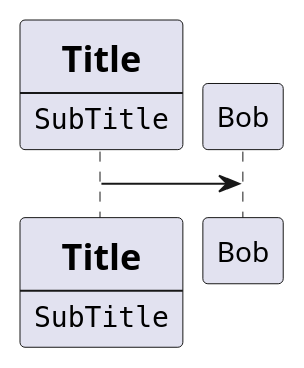
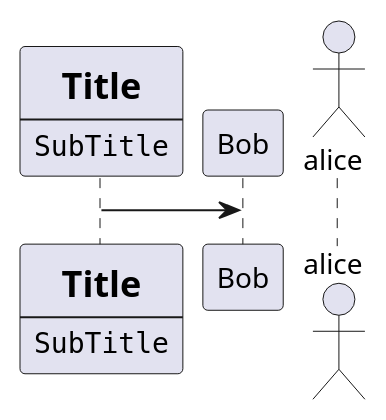
The diagram in test.puml (hzierer/render-run), drawn with PlantUML before and after one commit.

```diff
--- a/test.puml
+++ b/test.puml
@@ -1,11 +1,11 @@
 @startuml
 participant Participant [
     =Title
     ----
     ""SubTitle""
 ]
 
 participant Bob
-
+actor alice
 Participant -> Bob
 @enduml
```
